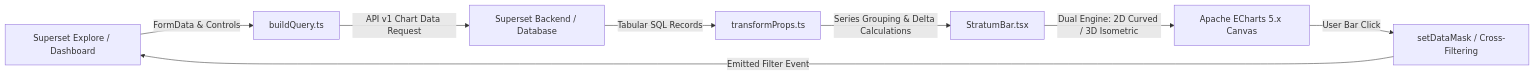
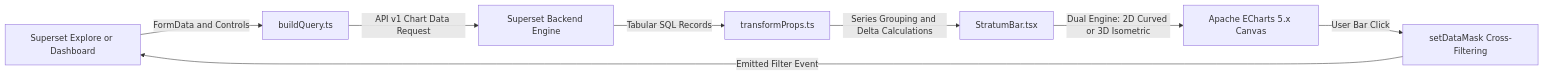
One commit to FrancescoCastaldi/superset-plugin-chart-stratum-bar changed the diagram in README.md. Above: the diagram before and after it, drawn with Mermaid. The commit also changed other lines of this file and 5 other files, not shown here.

Commit message:
fix(3d): add multi-series dynamic offset and stacked isometric calculations

````diff
--- a/README.md
+++ b/README.md
@@ -52,10 +52,10 @@
 ```mermaid
 flowchart LR
-    A[Superset Explore / Dashboard] -->|FormData & Controls| B[buildQuery.ts]
-    B -->|API v1 Chart Data Request| C[Superset Backend / Database]
+    A[Superset Explore or Dashboard] -->|FormData and Controls| B[buildQuery.ts]
+    B -->|API v1 Chart Data Request| C[Superset Backend Engine]
     C -->|Tabular SQL Records| D[transformProps.ts]
-    D -->|Series Grouping & Delta Calculations| E[StratumBar.tsx]
-    E -->|Dual Engine: 2D Curved / 3D Isometric| F[Apache ECharts 5.x Canvas]
-    F -->|User Bar Click| G[setDataMask / Cross-Filtering]
+    D -->|Series Grouping and Delta Calculations| E[StratumBar.tsx]
+    E -->|Dual Engine: 2D Curved or 3D Isometric| F[Apache ECharts 5.x Canvas]
+    F -->|User Bar Click| G[setDataMask Cross-Filtering]
     G -->|Emitted Filter Event| A
 ```
````
